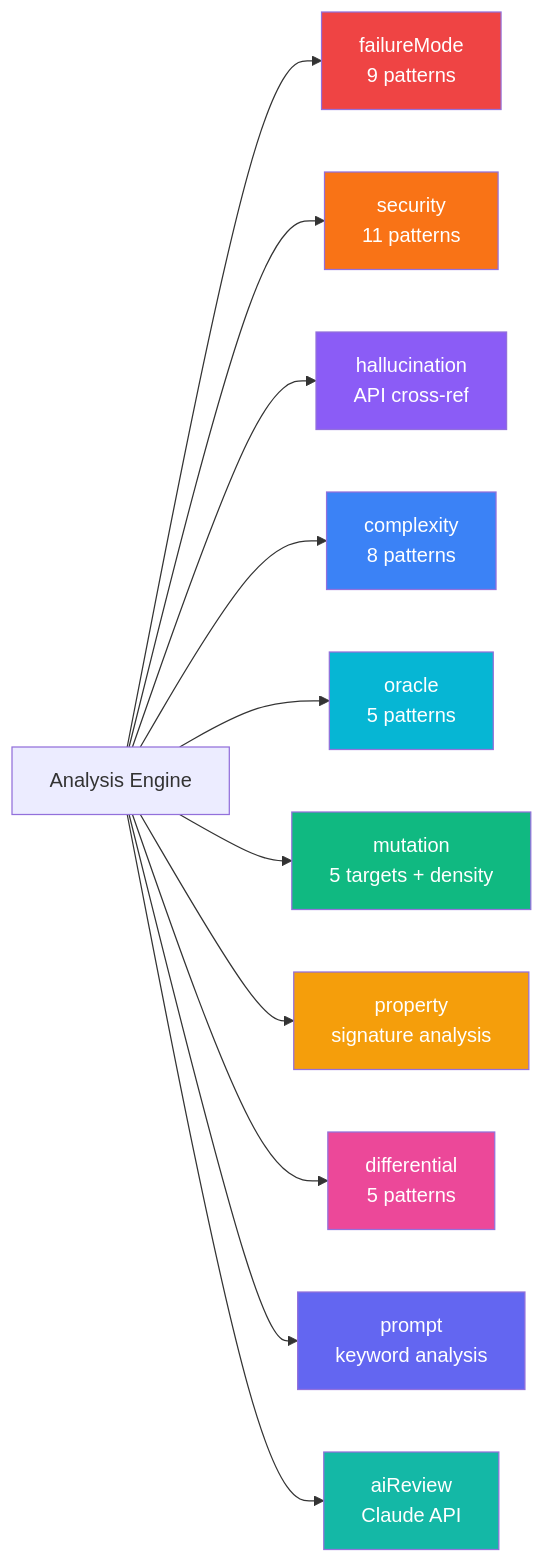
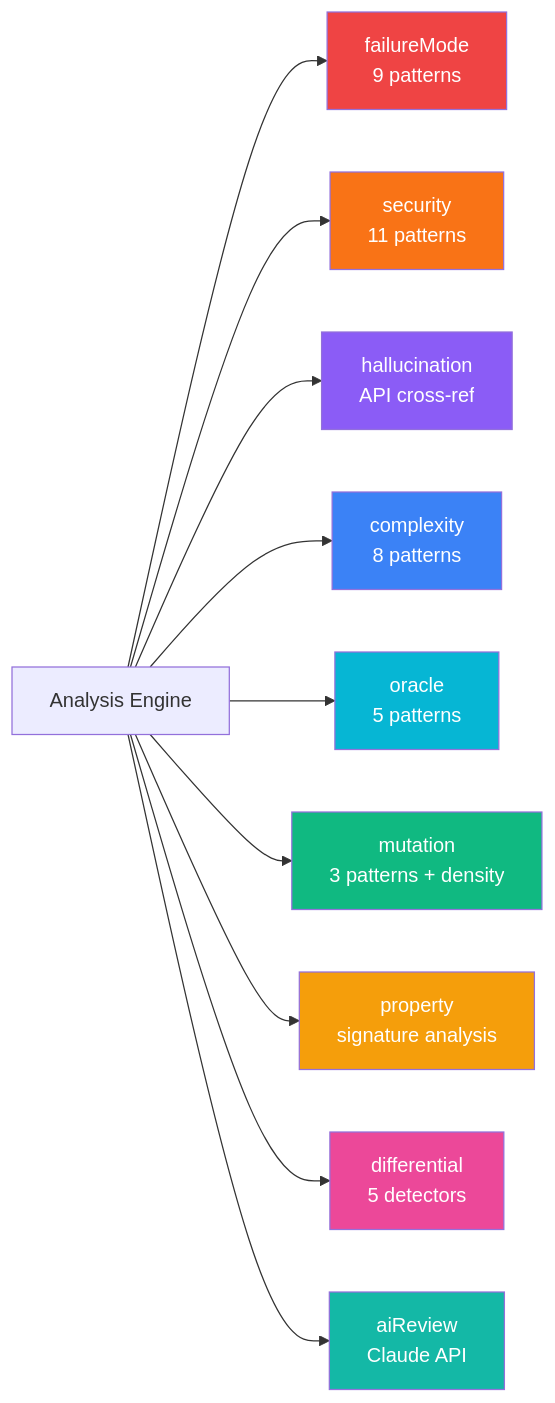
The fourth of 11 diagrams in docs/ARCHITECTURE.md (jj-shen99/valid_ai), drawn with Mermaid before and after one commit. The commit also changed other lines of this file and 3 other files, not shown here.

Commit message:
Update all docs: README, CHANGELOG, ARCHITECTURE, USER_GUIDE for Phase 3 (9 modules, no Info in scores, rewritten modules, HTML export)

````diff
--- a/docs/ARCHITECTURE.md
+++ b/docs/ARCHITECTURE.md
@@ -208,26 +207,24 @@
 ```mermaid
 graph LR
     AE[Analysis Engine]
     
     AE --> FM["failureMode<br/>9 patterns"]
     AE --> SP["security<br/>11 patterns"]
     AE --> HD["hallucination<br/>API cross-ref"]
     AE --> CP["complexity<br/>8 patterns"]
     AE --> OC["oracle<br/>5 patterns"]
-    AE --> MS["mutation<br/>5 targets + density"]
+    AE --> MS["mutation<br/>3 patterns + density"]
     AE --> PG["property<br/>signature analysis"]
-    AE --> DR["differential<br/>5 patterns"]
-    AE --> PT["prompt<br/>keyword analysis"]
+    AE --> DR["differential<br/>5 detectors"]
     AE --> AR["aiReview<br/>Claude API"]
 
     style FM fill:#ef4444,color:#fff
     style SP fill:#f97316,color:#fff
     style HD fill:#8b5cf6,color:#fff
     style CP fill:#3b82f6,color:#fff
     style OC fill:#06b6d4,color:#fff
     style MS fill:#10b981,color:#fff
     style PG fill:#f59e0b,color:#fff
     style DR fill:#ec4899,color:#fff
-    style PT fill:#6366f1,color:#fff
     style AR fill:#14b8a6,color:#fff
 ```
````
